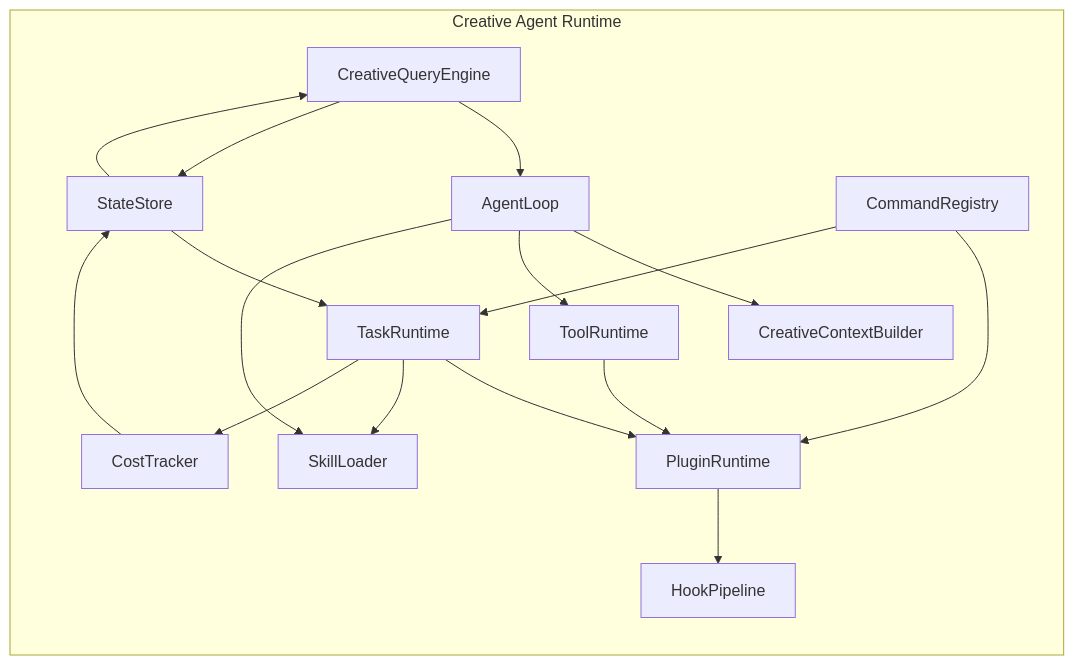
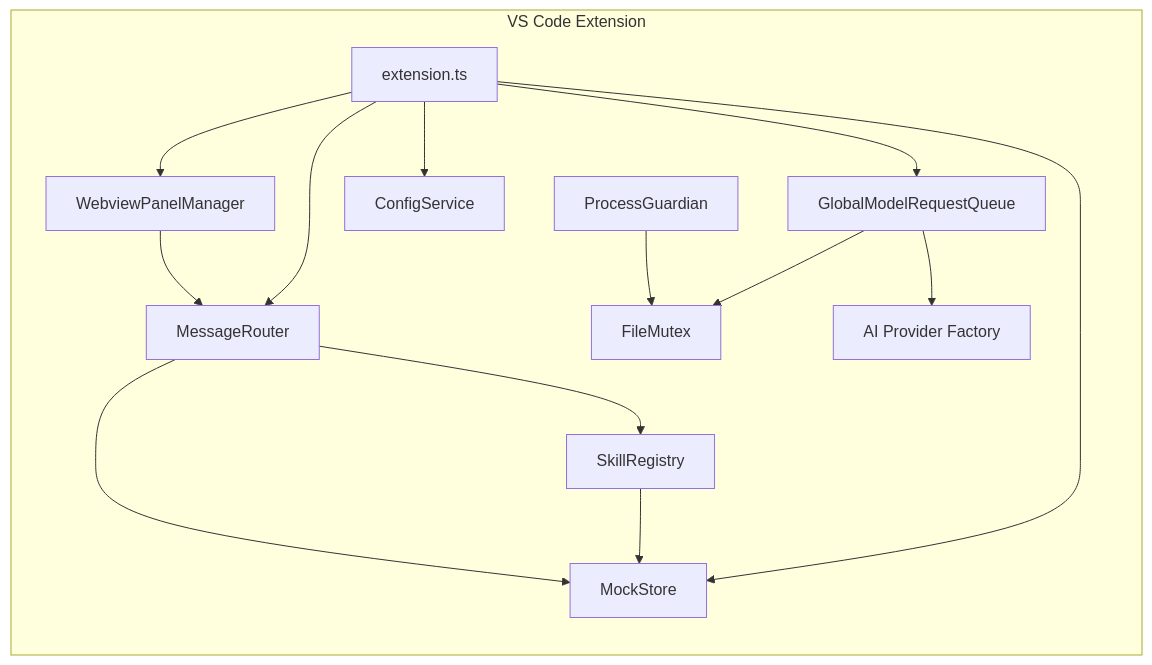
Before and after one commit to jimiechen/storytree: the diagram in docs/CODE_WIKI.md, drawn with Mermaid. The commit also changed other lines of this file and 1 other file, not shown here.

````diff
--- a/docs/CODE_WIKI.md
+++ b/docs/CODE_WIKI.md
@@ -498,32 +507,28 @@
 ```mermaid
 graph LR
-    subgraph Runtime[Creative Agent Runtime]
-        A1[CreativeQueryEngine]
-        A2[AgentLoop]
-        A3[CreativeContextBuilder]
-        A4[TaskRuntime]
-        A5[ToolRuntime]
-        A6[SkillLoader]
-        A7[PluginRuntime]
-        A8[HookPipeline]
-        A9[CommandRegistry]
-        A10[StateStore]
-        A11[CostTracker]
+    subgraph Extension[VS Code Extension]
+        E1[extension.ts]
+        E2[MessageRouter]
+        E3[WebviewPanelManager]
+        E4[GlobalModelRequestQueue]
+        E5[FileMutex]
+        E6[ConfigService]
+        E7[MockStore]
+        E8[ProcessGuardian]
+        E9[AI Provider Factory]
+        E10[SkillRegistry]
     end
 
-    A1 --> A2
-    A1 --> A10
-    A2 --> A3
-    A2 --> A5
-    A2 --> A6
-    A4 --> A7
-    A4 --> A6
-    A4 --> A11
-    A5 --> A7
-    A7 --> A8
-    A9 --> A7
-    A9 --> A4
-    A10 --> A1
-    A10 --> A4
-    A11 --> A10
+    E1 --> E2
+    E1 --> E3
+    E1 --> E4
+    E1 --> E6
+    E1 --> E7
+    E3 --> E2
+    E4 --> E5
+    E4 --> E9
+    E8 --> E5
+    E10 --> E7
+    E2 --> E7
+    E2 --> E10
 ```
````
